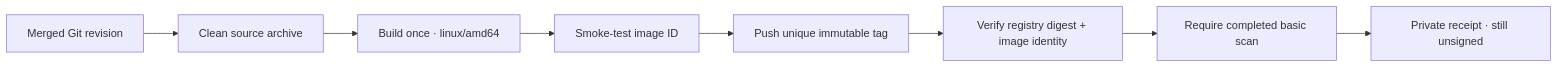
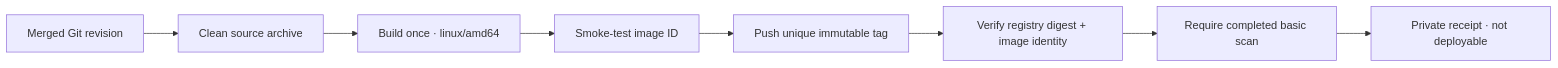
The diagram in docs/AWS-IMAGE-PUBLISHING.md (anantjain-xyz/wallie-dev), drawn with Mermaid before and after one commit. The commit also changed other lines of this file and 3 other files, not shown here.

````diff
--- a/docs/AWS-IMAGE-PUBLISHING.md
+++ b/docs/AWS-IMAGE-PUBLISHING.md
@@ -5,10 +5,10 @@
 ```mermaid
 flowchart LR
     git["Merged Git revision"] --> archive["Clean source archive"]
     archive --> build["Build once · linux/amd64"]
     build --> smoke["Smoke-test image ID"]
     smoke --> push["Push unique immutable tag"]
     push --> digest["Verify registry digest + image identity"]
     digest --> scan["Require completed basic scan"]
-    scan --> receipt["Private receipt · still unsigned"]
+    scan --> receipt["Private receipt · not deployable"]
 ```
````
